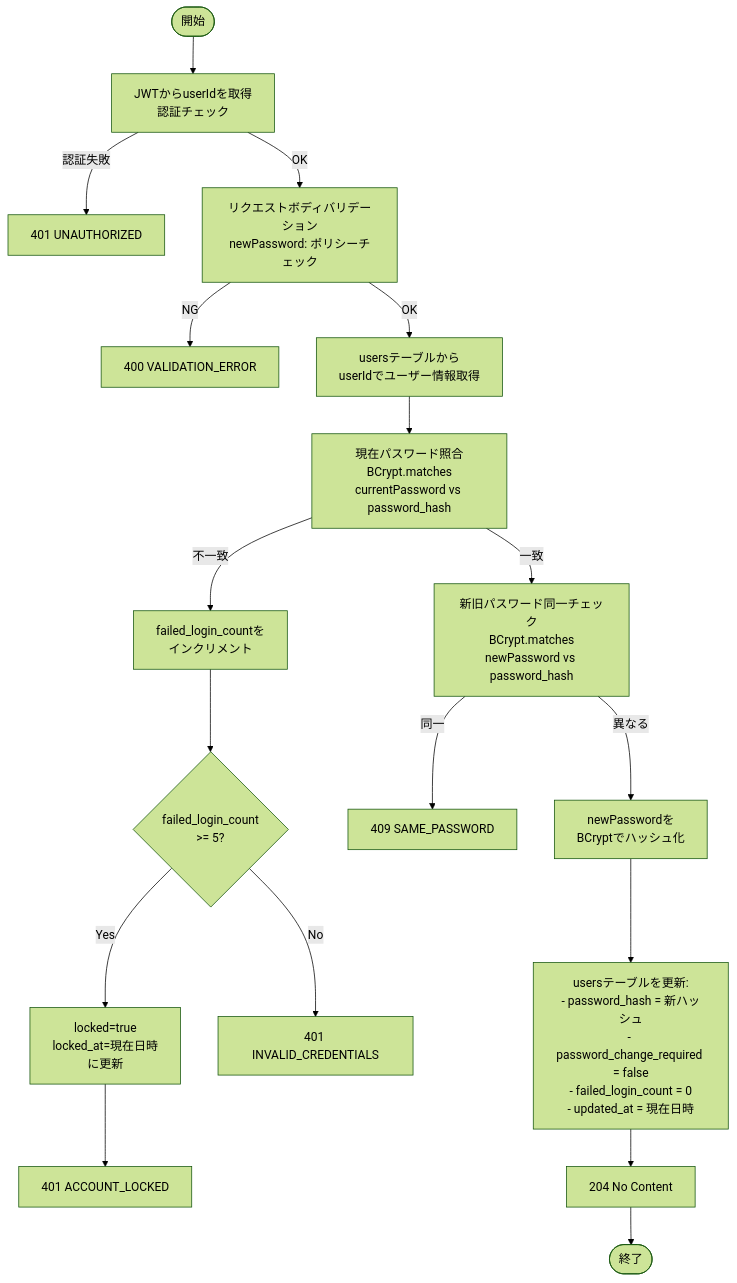
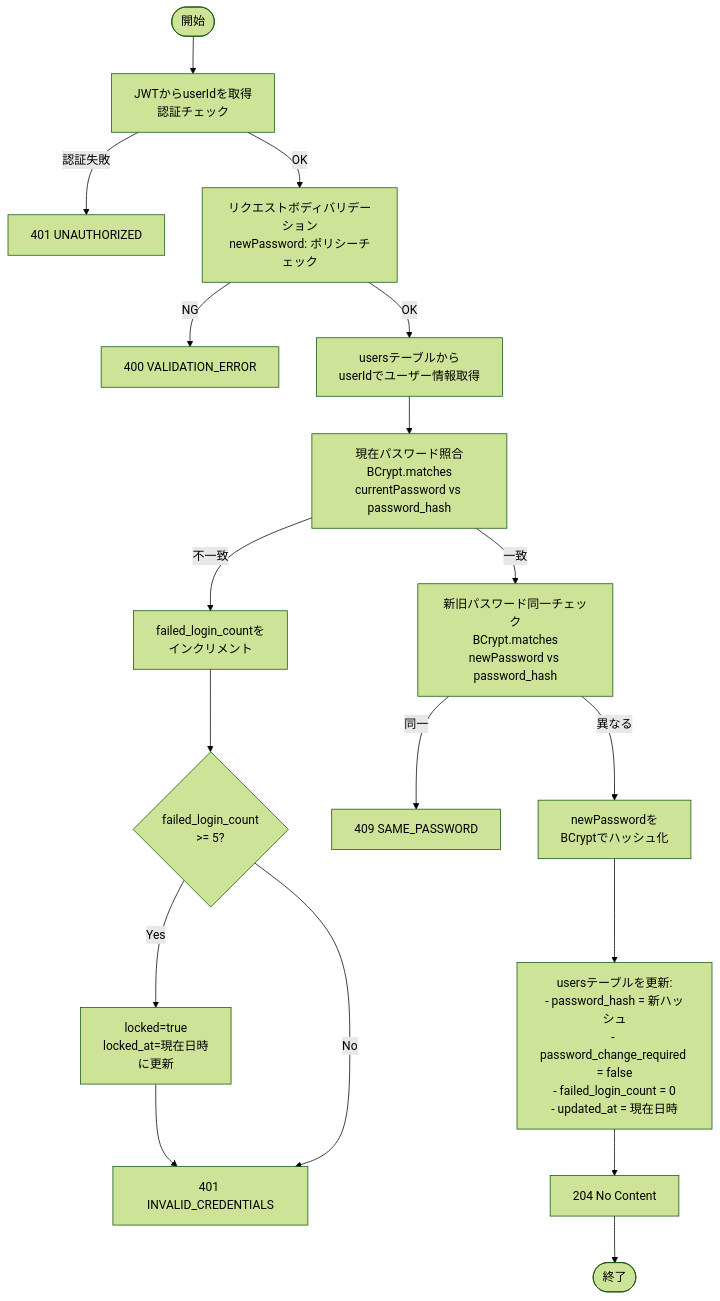
Before and after one commit to hidefumiagata/wms: the fourth of 7 diagrams in docs/functional-design/API-01-auth.md, drawn with Mermaid (forest theme). The commit also changed other lines of this file, not shown here.

````diff
--- a/docs/functional-design/API-01-auth.md
+++ b/docs/functional-design/API-01-auth.md
@@ -397,20 +398,20 @@
 ```mermaid
 flowchart TD
     START([開始]) --> AUTH_CHECK[JWTからuserIdを取得\n認証チェック]
     AUTH_CHECK -->|認証失敗| ERR_UNAUTH[401 UNAUTHORIZED]
     AUTH_CHECK -->|OK| VALIDATE[リクエストボディバリデーション\nnewPassword: ポリシーチェック]
     VALIDATE -->|NG| ERR_VAL[400 VALIDATION_ERROR]
     VALIDATE -->|OK| FETCH_USER["usersテーブルから\nuserIdでユーザー情報取得"]
     FETCH_USER --> CHECK_CURRENT[現在パスワード照合\nBCrypt.matches\ncurrentPassword vs password_hash]
     CHECK_CURRENT -->|不一致| INCREMENT["failed_login_countを\nインクリメント"]
     INCREMENT --> CHECK_LOCK{failed_login_count\n>= 5?}
     CHECK_LOCK -->|Yes| SET_LOCK["locked=true\nlocked_at=現在日時\nに更新"]
-    SET_LOCK --> ERR_LOCKED[401 ACCOUNT_LOCKED]
-    CHECK_LOCK -->|No| ERR_CRED[401 INVALID_CREDENTIALS]
+    SET_LOCK --> ERR_CRED[401 INVALID_CREDENTIALS]
+    CHECK_LOCK -->|No| ERR_CRED
     CHECK_CURRENT -->|一致| CHECK_SAME[新旧パスワード同一チェック\nBCrypt.matches\nnewPassword vs password_hash]
     CHECK_SAME -->|同一| ERR_SAME[409 SAME_PASSWORD]
     CHECK_SAME -->|異なる| HASH_NEW["newPasswordを\nBCryptでハッシュ化"]
     HASH_NEW --> UPDATE_PW["usersテーブルを更新:\n- password_hash = 新ハッシュ\n- password_change_required = false\n- failed_login_count = 0\n- updated_at = 現在日時"]
     UPDATE_PW --> RESPOND[204 No Content]
     RESPOND --> END([終了])
 ```
````
